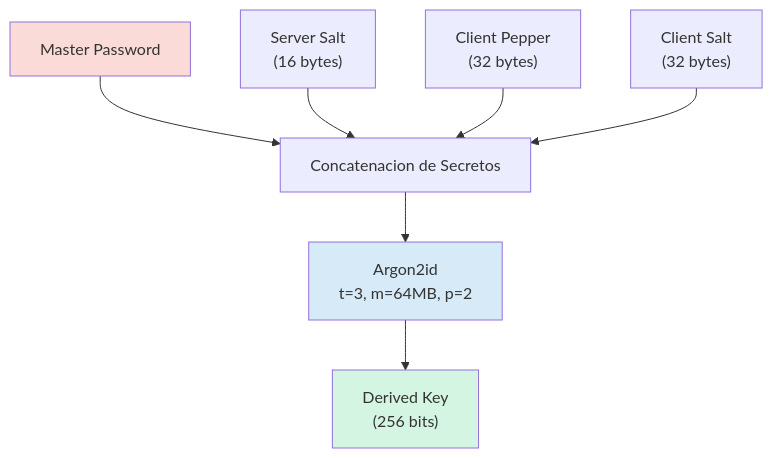
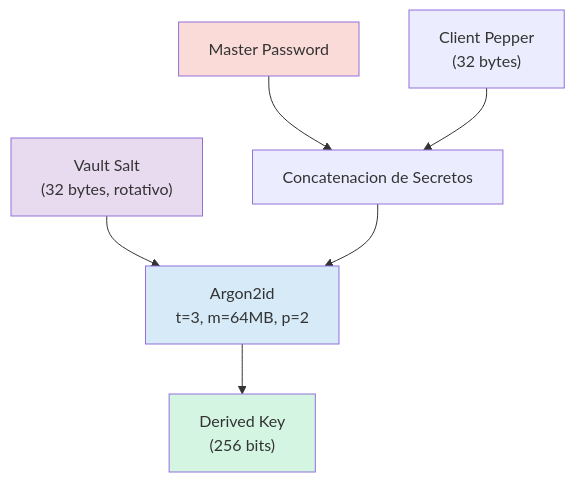
One commit to DavidHerencia/password_manager_crypto changed the second of 9 diagrams in INFORME_TECNICO.md. Above: the diagram before and after it, drawn with Mermaid. The commit also changed other lines of this file and 2 other files, not shown here.

Commit message:
salt now is explicitly checked

````diff
--- a/INFORME_TECNICO.md
+++ b/INFORME_TECNICO.md
@@ -174,20 +179,19 @@
 ```mermaid
 flowchart TB
     MP["Master Password"]
-    SS["Server Salt<br/>(16 bytes)"]
+    VS["Vault Salt<br/>(32 bytes, rotativo)"]
     CP["Client Pepper<br/>(32 bytes)"]
-    CS["Client Salt<br/>(32 bytes)"]
-    
+
     MP --> CONCAT
-    SS --> CONCAT
     CP --> CONCAT
-    CS --> CONCAT
-    
+    VS --> ARGON
+
     CONCAT["Concatenacion de Secretos"]
     CONCAT --> ARGON["Argon2id<br/>t=3, m=64MB, p=2"]
     ARGON --> DK["Derived Key<br/>(256 bits)"]
-    
+
     style MP fill:#FADBD8
     style DK fill:#D5F5E3
     style ARGON fill:#D6EAF8
+    style VS fill:#E8DAEF
 ```
````
